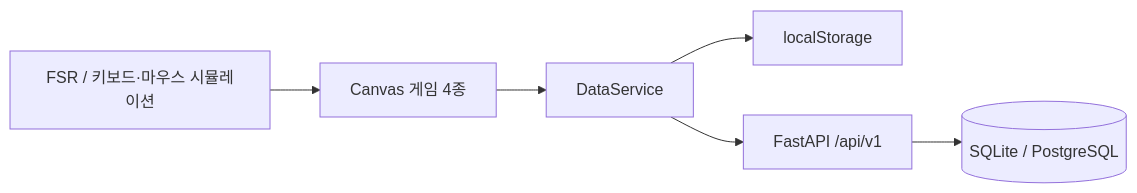
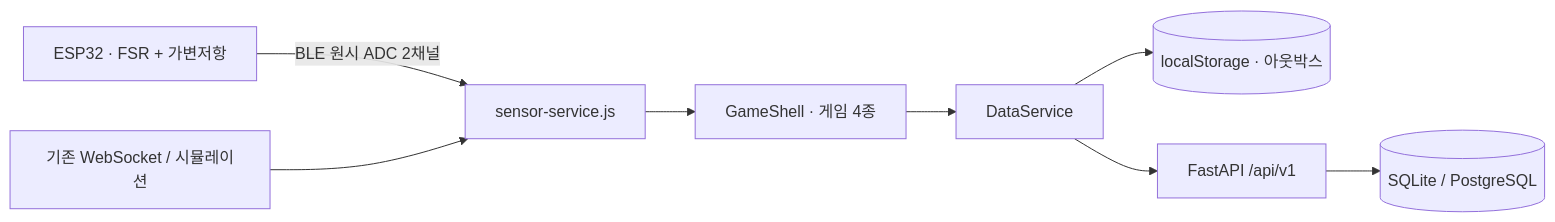
Before and after one commit to jhsoo0211/ReGrip: the diagram in README.md, drawn with Mermaid. The commit also changed other lines of this file and 60 other files, not shown here.

First line of the commit message:
[Feat] BLE sensor integration and beginner game reliability

````diff
--- a/README.md
+++ b/README.md
@@ -20,8 +20,10 @@
 ```mermaid
 flowchart LR
-    S["FSR / 키보드·마우스 시뮬레이션"] --> G["Canvas 게임 4종"]
+    F["ESP32 · FSR + 가변저항"] -->|"BLE 원시 ADC 2채널"| S["sensor-service.js"]
+    W["기존 WebSocket / 시뮬레이션"] --> S
+    S --> G["GameShell · 게임 4종"]
     G --> D["DataService"]
-    D --> L["localStorage"]
+    D --> L[("localStorage · 아웃박스")]
     D --> A["FastAPI /api/v1"]
-    A --> P[("SQLite / PostgreSQL")]
+    A --> DB[("SQLite / PostgreSQL")]
 ```
````
